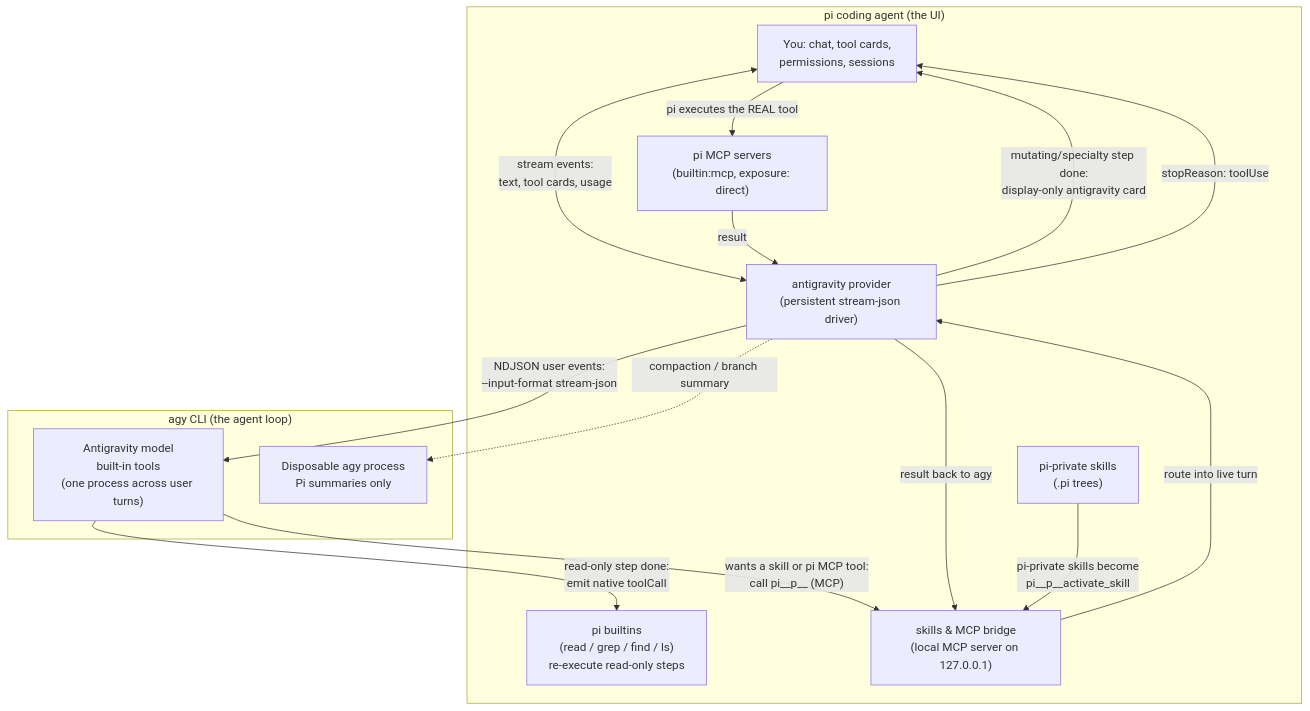
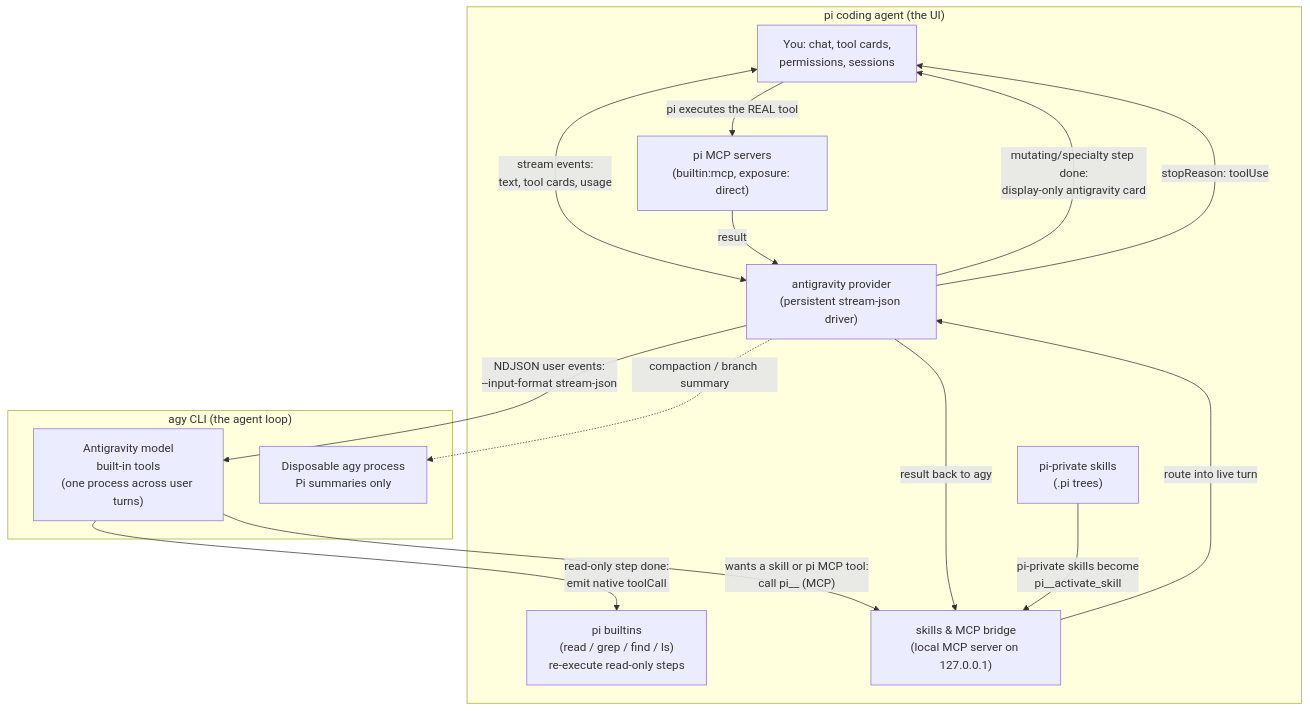
One commit to teededung/pi-agy changed the diagram in README.md. Above: the diagram before and after it, drawn with Mermaid. The commit also changed other lines of this file and 3 other files, not shown here.

````diff
--- a/README.md
+++ b/README.md
@@ -154,29 +175,29 @@
 ```mermaid
 flowchart TB
     subgraph pi["pi coding agent (the UI)"]
         UI["You: chat, tool cards,\npermissions, sessions"]
         Prov["antigravity provider\n(persistent stream-json driver)"]
         Native["pi builtins\n(read / grep / find / ls)\nre-execute read-only steps"]
         Bridge["skills & MCP bridge\n(local MCP server on 127.0.0.1)"]
         Skills["pi-private skills\n(.pi trees)"]
         Mcp["pi MCP servers\n(builtin:mcp, exposure: direct)"]
     end
 
     subgraph agy["agy CLI (the agent loop)"]
         Agent["Antigravity model\nbuilt-in tools\n(one process across user turns)"]
         Summary["Disposable agy process\nPi summaries only"]
     end
 
     UI <-- "stream events:\ntext, tool cards, usage" --> Prov
     Prov -- "NDJSON user events:\n--input-format stream-json" --> Agent
     Prov -. "compaction / branch summary" .-> Summary
     Agent -- "read-only step done:\nemit native toolCall" --> Native
     Prov -- "mutating/specialty step done:\ndisplay-only antigravity card" --> UI
-    Agent -- "wants a skill or pi MCP tool:\ncall pi__p<pid>__<name> (MCP)" --> Bridge
+    Agent -- "wants a skill or pi MCP tool:\ncall pi__<name> (MCP)" --> Bridge
     Bridge -- "route into live turn" --> Prov
     Prov -- "stopReason: toolUse" --> UI
     UI -- "pi executes the REAL tool" --> Mcp
     Mcp -- "result" --> Prov
     Prov -- "result back to agy" --> Bridge
-    Skills -- "pi-private skills become\npi__p<pid>__activate_skill" --> Bridge
+    Skills -- "pi-private skills become\npi__activate_skill" --> Bridge
 ```
````
